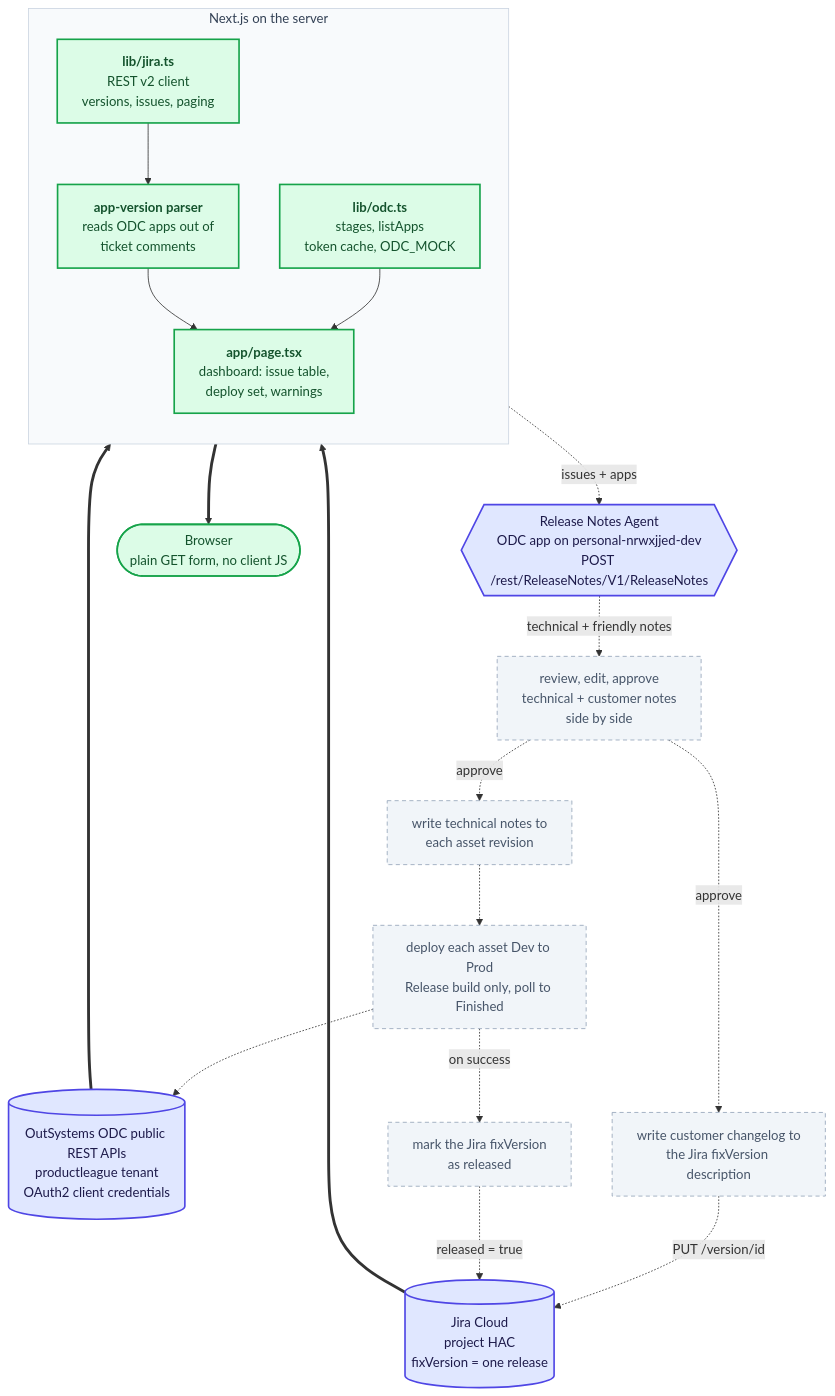
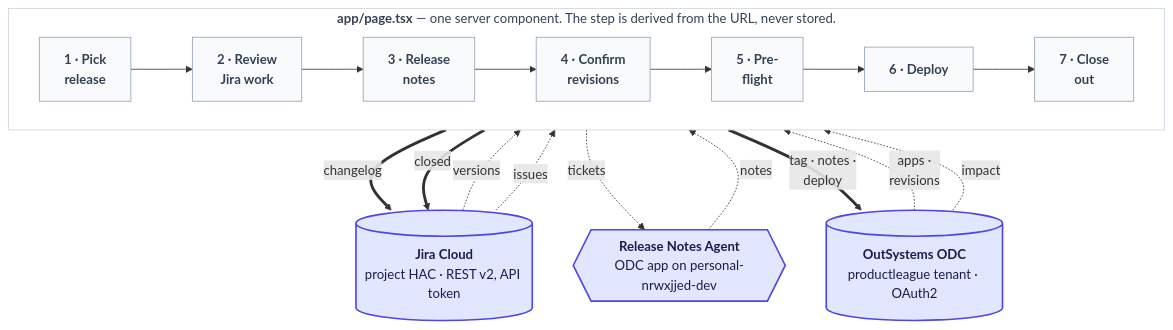
One commit to RickProductLeague/jira-releaser changed the first of 2 diagrams in pm/architecture.md. Above: the diagram before and after it, drawn with Mermaid. The commit also changed other lines of this file and 5 other files, not shown here.

First line of the commit message:
Milestone 7: close the release out in Jira

````diff
--- a/pm/architecture.md
+++ b/pm/architecture.md
@@ -12,48 +12,36 @@
 ```mermaid
 flowchart TB
-    Jira[("Jira Cloud<br/>project HAC<br/>fixVersion = one release")]
-    OdcApi[("OutSystems ODC public REST APIs<br/>productleague tenant<br/>OAuth2 client credentials")]
-    Agent{{"Release Notes Agent<br/>ODC app on personal-nrwxjjed-dev<br/>POST /rest/ReleaseNotes/V1/ReleaseNotes"}}
-
-    subgraph server["Next.js on the server"]
-        direction TB
-        Client["<b>lib/jira.ts</b><br/>REST v2 client<br/>versions, issues, paging"]
-        Parse["<b>app-version parser</b><br/>reads ODC apps out of<br/>ticket comments"]
-        Odc["<b>lib/odc.ts</b><br/>stages, listApps<br/>token cache, ODC_MOCK"]
-        Dash["<b>app/page.tsx</b><br/>dashboard: issue table,<br/>deploy set, warnings"]
-        Client --> Parse --> Dash
-        Odc --> Dash
+    subgraph wizard["<b>app/page.tsx</b> — one server component. The step is derived from the URL, never stored."]
+        direction LR
+        S1["<b>1 · Pick<br/>release</b>"]
+        S2["<b>2 · Review<br/>Jira work</b>"]
+        S3["<b>3 · Release<br/>notes</b>"]
+        S4["<b>4 · Confirm<br/>revisions</b>"]
+        S5["<b>5 · Pre-<br/>flight</b>"]
+        S6["<b>6 · Deploy</b>"]
+        S7["<b>7 · Close<br/>out</b>"]
+        S1 --> S2 --> S3 --> S4 --> S5 --> S6 --> S7
     end
 
-    Review["review, edit, approve<br/>technical + customer notes<br/>side by side"]
-    WriteNotes["write technical notes to<br/>each asset revision"]
-    Changelog["write customer changelog to<br/>the Jira fixVersion description"]
-    Deploy["deploy each asset Dev to Prod<br/>Release build only, poll to Finished"]
-    MarkReleased["mark the Jira fixVersion<br/>as released"]
+    Jira[("<b>Jira Cloud</b><br/>project HAC · REST v2, API token")]
+    Agent{{"<b>Release Notes Agent</b><br/>ODC app on personal-nrwxjjed-dev"}}
+    Odc[("<b>OutSystems ODC</b><br/>productleague tenant · OAuth2")]
 
-    Jira ==> Client
-    OdcApi ==> Odc
+    Jira -. "versions" .-> S1
+    Jira -. "issues" .-> S2
+    S3 == "changelog" ==> Jira
+    S7 == "closed" ==> Jira
 
-    Dash -. "issues + apps" .-> Agent
-    Agent -. "technical + friendly notes" .-> Review
-    Review -. "approve" .-> WriteNotes
-    Review -. "approve" .-> Changelog
-    WriteNotes -.-> Deploy
-    Changelog -. "PUT /version/id" .-> Jira
-    Deploy -.-> OdcApi
-    Deploy -. "on success" .-> MarkReleased
-    MarkReleased -. "released = true" .-> Jira
+    S3 -. "tickets" .-> Agent
+    Agent -. "notes" .-> S3
 
-    Browser(["Browser<br/>plain GET form, no client JS"])
-    Dash ==> Browser
+    Odc -. "apps ·<br/>revisions" .-> S4
+    Odc -. "impact" .-> S5
+    S6 == "tag · notes ·<br/>deploy" ==> Odc
 
-    classDef built fill:#dcfce7,stroke:#16a34a,stroke-width:2px,color:#14532d
-    classDef todo fill:#f1f5f9,stroke:#94a3b8,stroke-width:1px,stroke-dasharray:5 4,color:#475569
+    classDef step fill:#f8fafc,stroke:#94a3b8,stroke-width:1px,color:#334155
     classDef ext fill:#e0e7ff,stroke:#4f46e5,stroke-width:2px,color:#1e1b4b
-
-    style server fill:#f8fafc,stroke:#cbd5e1,stroke-width:1px,color:#334155
-
-    class Client,Parse,Odc,Dash,Browser built
-    class Review,WriteNotes,Changelog,Deploy,MarkReleased todo
-    class Jira,OdcApi,Agent ext
+    class S1,S2,S3,S4,S5,S6,S7 step
+    class Jira,Odc,Agent ext
+    style wizard fill:#ffffff,stroke:#cbd5e1,stroke-width:1px,color:#334155
 ```
````
